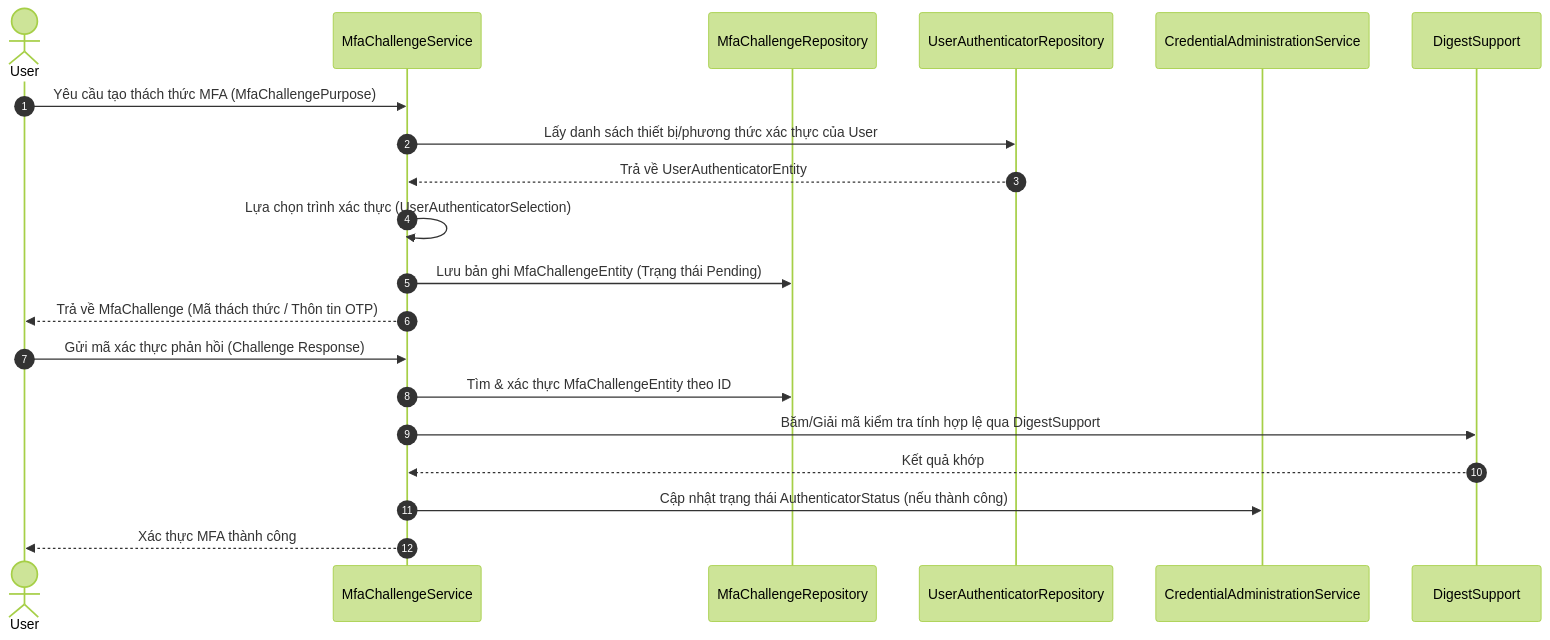
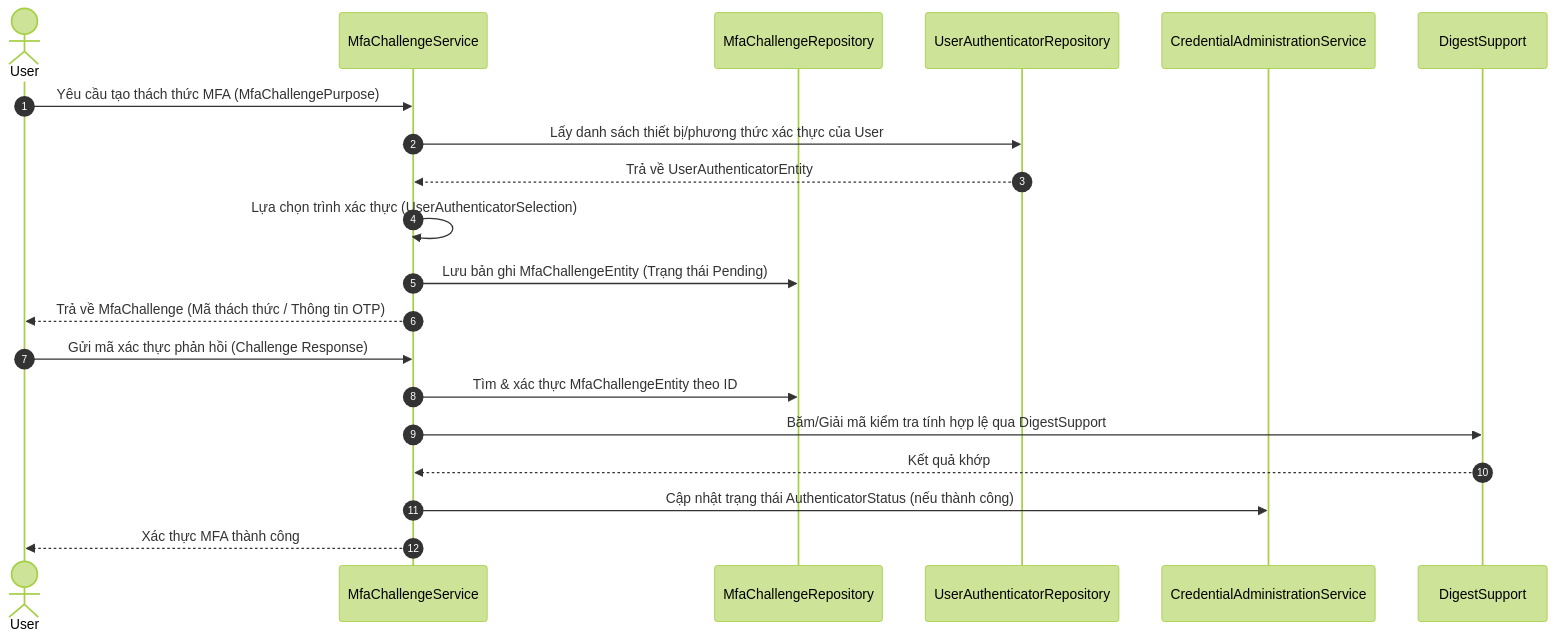
The second of 4 diagrams in services/smartfarm-identity-service/review_flow.md (hatrongvu13/smartfarm-platform-maven-starter), drawn with Mermaid (forest theme) before and after one commit. The commit also changed other lines of this file and 55 other files, not shown here.

````diff
--- a/services/smartfarm-identity-service/review_flow.md
+++ b/services/smartfarm-identity-service/review_flow.md
@@ -42,26 +47,26 @@
 ```mermaid
 sequenceDiagram
 autonumber
 actor User
 participant MfaService as MfaChallengeService
 participant ChallengeRepo as MfaChallengeRepository
 participant AuthenticatorRepo as UserAuthenticatorRepository
 participant CredentialAdmin as CredentialAdministrationService
 participant Digest as DigestSupport
 
     User->>MfaService: Yêu cầu tạo thách thức MFA (MfaChallengePurpose)
     MfaService->>AuthenticatorRepo: Lấy danh sách thiết bị/phương thức xác thực của User
     AuthenticatorRepo-->>MfaService: Trả về UserAuthenticatorEntity
     
     MfaService->>MfaService: Lựa chọn trình xác thực (UserAuthenticatorSelection)
     MfaService->>ChallengeRepo: Lưu bản ghi MfaChallengeEntity (Trạng thái Pending)
-    MfaService-->>User: Trả về MfaChallenge (Mã thách thức / Thôn tin OTP)
+    MfaService-->>User: Trả về MfaChallenge (Mã thách thức / Thông tin OTP)
 
     User->>MfaService: Gửi mã xác thực phản hồi (Challenge Response)
     MfaService->>ChallengeRepo: Tìm & xác thực MfaChallengeEntity theo ID
     MfaService->>Digest: Băm/Giải mã kiểm tra tính hợp lệ qua DigestSupport
     Digest-->>MfaService: Kết quả khớp
     
     MfaService->>CredentialAdmin: Cập nhật trạng thái AuthenticatorStatus (nếu thành công)
     MfaService-->>User: Xác thực MFA thành công
 ```
````
